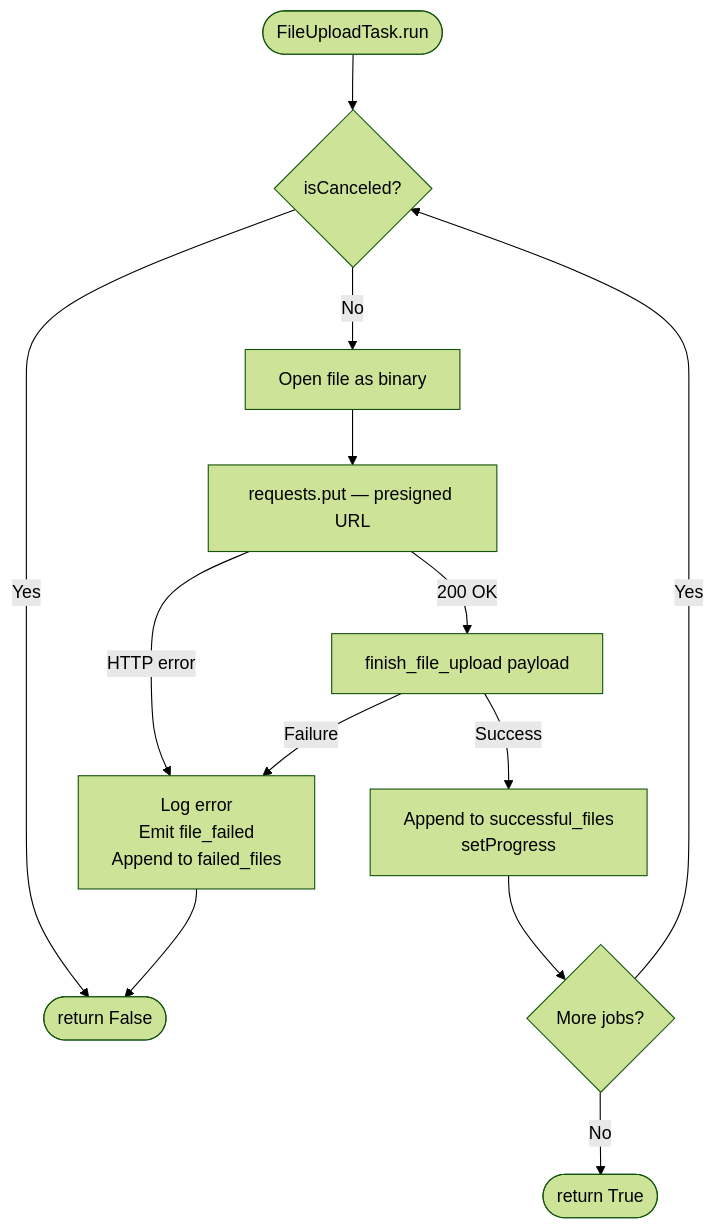
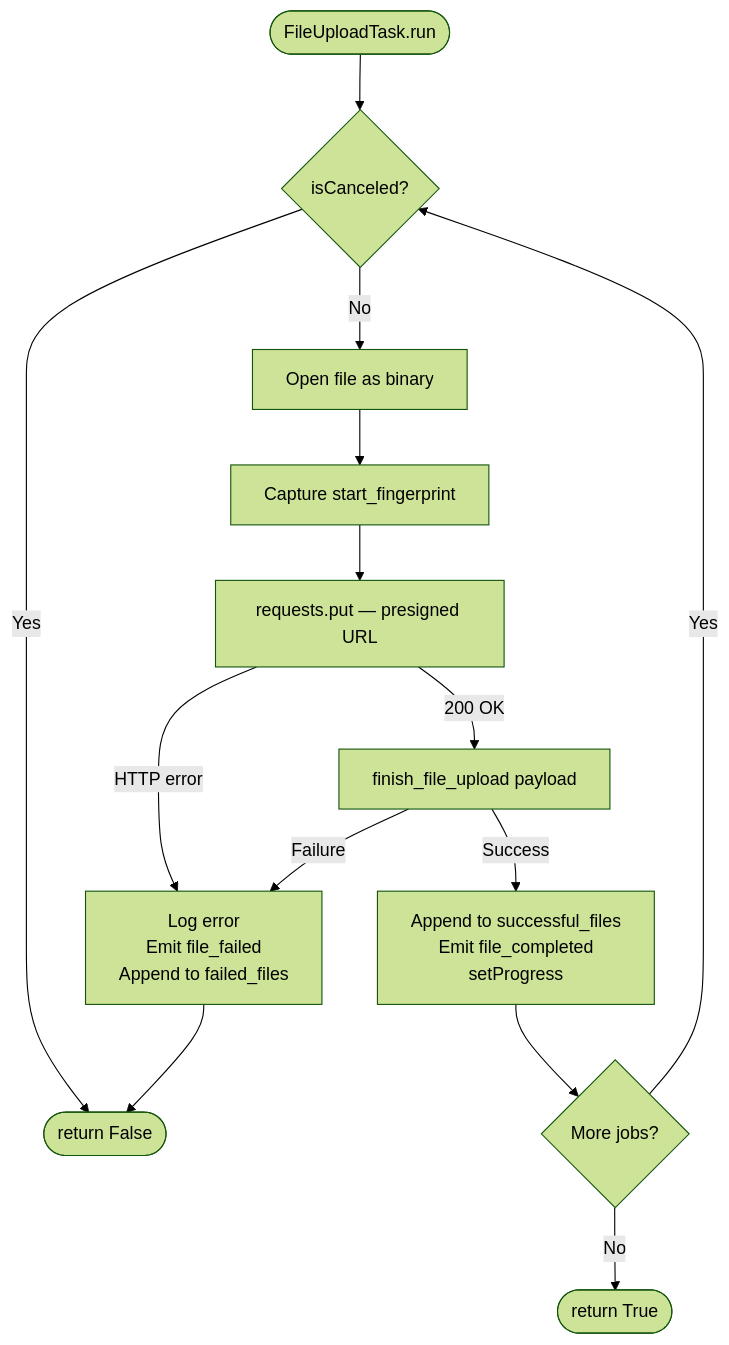
Before and after one commit to nens/rana-qgis-plugin: the second of 2 diagrams in doc/file_upload.md, drawn with Mermaid (forest theme). The commit also changed other lines of this file and 26 other files, not shown here.

````diff
--- a/doc/file_upload.md
+++ b/doc/file_upload.md
@@ -58,15 +63,16 @@
 ```mermaid
 flowchart TD
     Start([FileUploadTask.run]) --> A{isCanceled?}
     A -- Yes --> Abort([return False])
     A -- No --> B[Open file as binary]
-    B --> C[requests.put — presigned URL]
+    B --> B2[Capture start_fingerprint]
+    B2 --> C[requests.put — presigned URL]
     C -- HTTP error --> D[Log error\nEmit file_failed\nAppend to failed_files]
     D --> Abort
     C -- 200 OK --> E[finish_file_upload payload]
     E -- Failure --> D
-    E -- Success --> F[Append to successful_files\nsetProgress]
+    E -- Success --> F[Append to successful_files\nEmit file_completed\nsetProgress]
     F --> G{More jobs?}
     G -- Yes --> A
     G -- No --> Done([return True])
 ```
````
